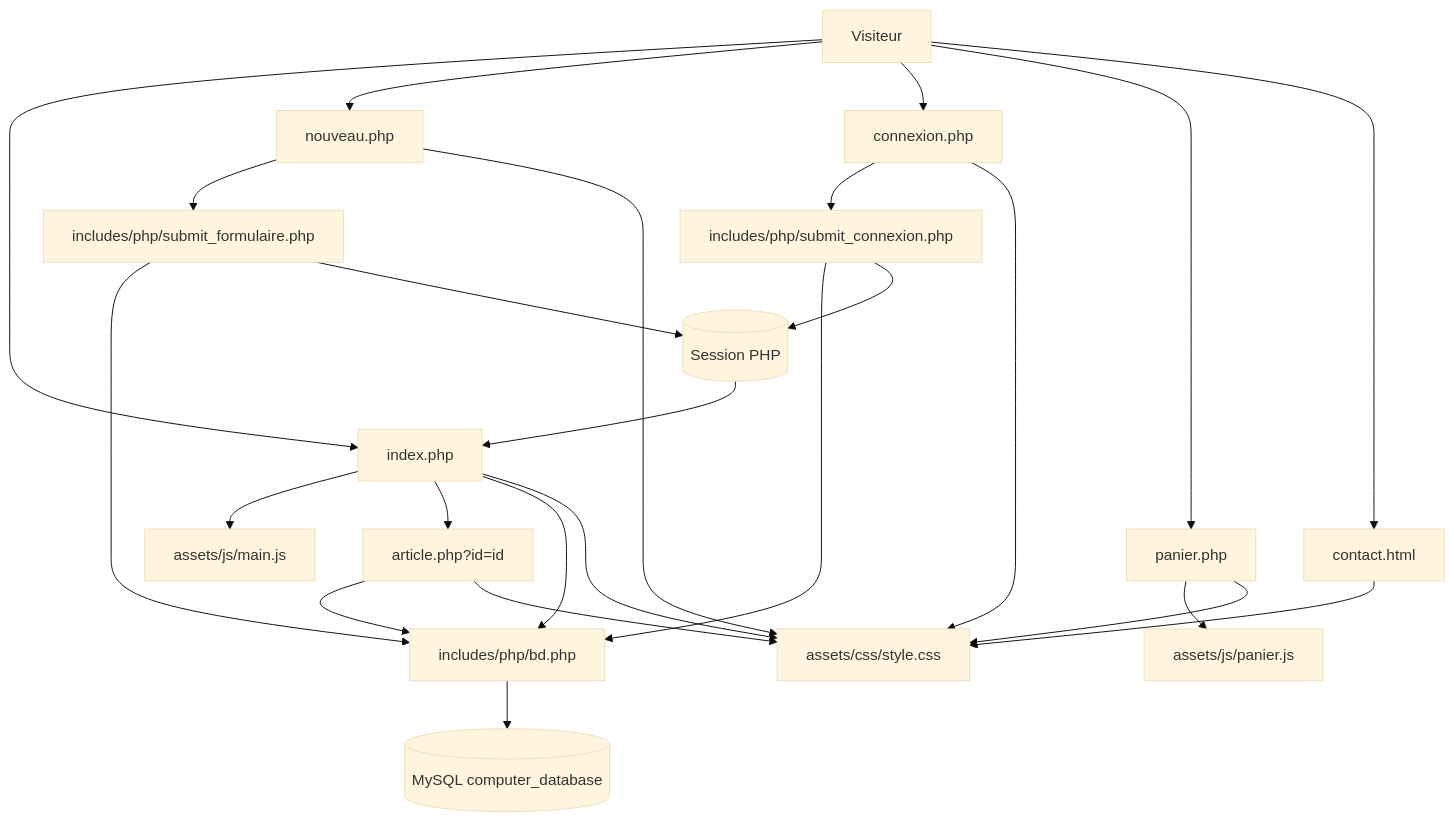
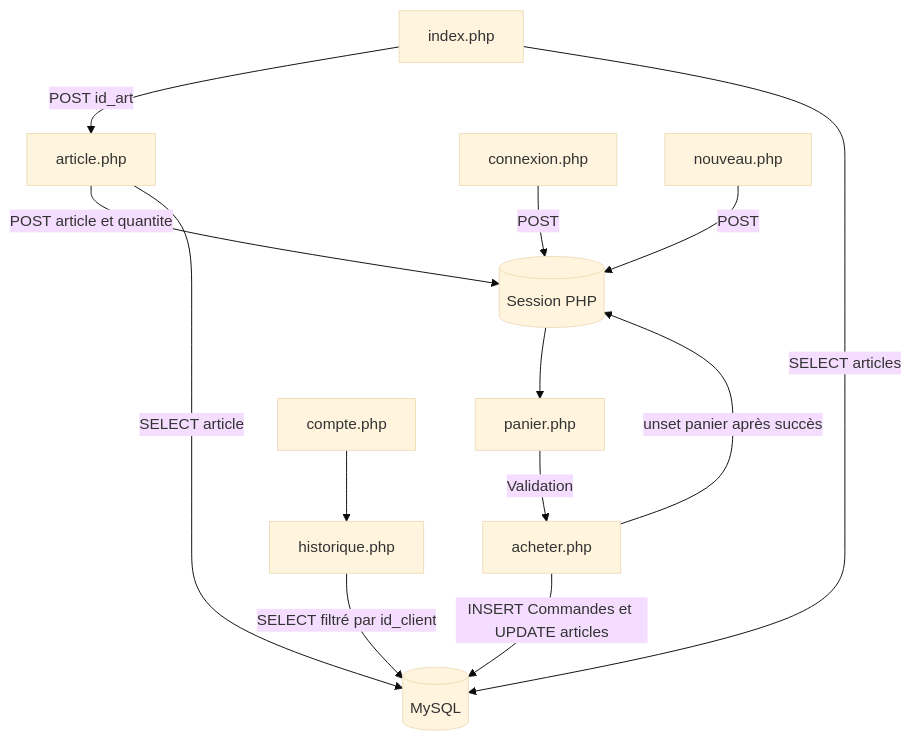
The diagram in ARCHITECTURE.md (Ashborn539/TyldenHounsa), drawn with Mermaid (base theme) before and after one commit. The commit also changed other lines of this file and 11 other files, not shown here.

````diff
--- a/ARCHITECTURE.md
+++ b/ARCHITECTURE.md
@@ -49,43 +54,26 @@
 ```mermaid
 flowchart TD
-    Visiteur[Visiteur]
-    Accueil[index.php]
-    Fiche[article.php?id=id]
+    Catalogue[index.php]
+    Fiche[article.php]
+    Panier[panier.php]
+    Achat[acheter.php]
+    Historique[historique.php]
+    Compte[compte.php]
+    Connexion[connexion.php]
     Inscription[nouveau.php]
-    Connexion[connexion.php]
-    Panier[panier.php]
-    Contact[contact.html]
-    MainJS[assets/js/main.js]
-    PanierJS[assets/js/panier.js]
-    SubmitInscription[includes/php/submit_formulaire.php]
-    SubmitConnexion[includes/php/submit_connexion.php]
-    BDConnexion[includes/php/bd.php]
-    MySQL[(MySQL computer_database)]
     Session[(Session PHP)]
-    CSS[assets/css/style.css]
+    Base[(MySQL)]
 
-    Visiteur --> Accueil
-    Visiteur --> Inscription
-    Visiteur --> Connexion
-    Visiteur --> Panier
-    Visiteur --> Contact
-    Accueil --> MainJS
-    Panier --> PanierJS
-    Accueil --> Fiche
-    Inscription --> SubmitInscription
-    Connexion --> SubmitConnexion
-    SubmitInscription --> BDConnexion
-    SubmitConnexion --> BDConnexion
-    Accueil --> BDConnexion
-    Fiche --> BDConnexion
-    BDConnexion --> MySQL
-    SubmitInscription --> Session
-    SubmitConnexion --> Session
-    Session --> Accueil
-    Accueil --> CSS
-    Fiche --> CSS
-    Inscription --> CSS
-    Connexion --> CSS
-    Panier --> CSS
-    Contact --> CSS
+    Catalogue -->|POST id_art| Fiche
+    Fiche -->|POST article et quantite| Session
+    Session --> Panier
+    Panier -->|Validation| Achat
+    Achat -->|INSERT Commandes et UPDATE articles| Base
+    Achat -->|unset panier après succès| Session
+    Compte --> Historique
+    Historique -->|SELECT filtré par id_client| Base
+    Connexion -->|POST| Session
+    Inscription -->|POST| Session
+    Catalogue -->|SELECT articles| Base
+    Fiche -->|SELECT article| Base
 ```
````
